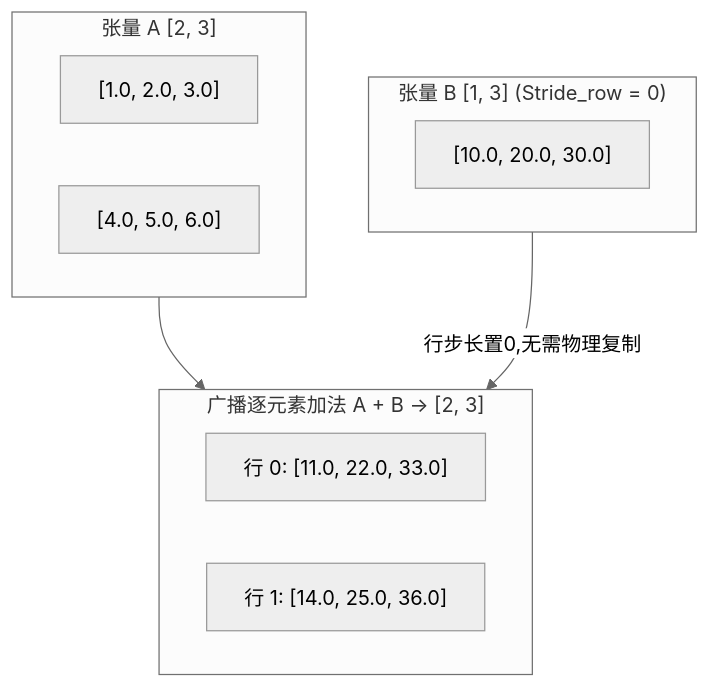
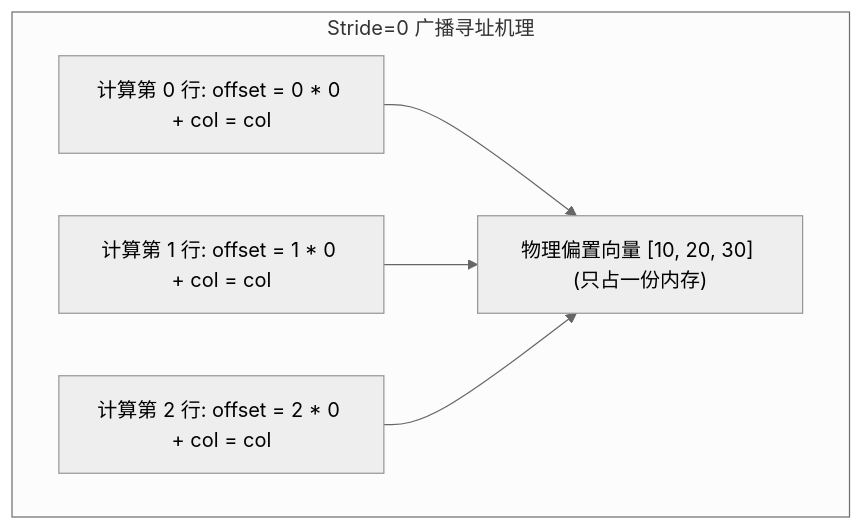
Before and after one commit to hqu-little-boy/blog: the fourth of 4 diagrams in src/content/posts/dl-operators-01-tensor-and-memory-guide.md, drawn with Mermaid (neutral theme). The commit also changed other lines of this file and 11 other files, not shown here.

````diff
--- a/src/content/posts/dl-operators-01-tensor-and-memory-guide.md
+++ b/src/content/posts/dl-operators-01-tensor-and-memory-guide.md
@@ -643,16 +505,12 @@
 ```mermaid
 graph TD
-    subgraph MatrixA["张量 A [2, 3]"]
-        A_row0["[1.0, 2.0, 3.0]"]
-        A_row1["[4.0, 5.0, 6.0]"]
+    subgraph StrideZero["Stride=0 广播寻址机理"]
+        R0["计算第 0 行: offset = 0 * 0 + col = col"]
+        R1["计算第 1 行: offset = 1 * 0 + col = col"]
+        R2["计算第 2 行: offset = 2 * 0 + col = col"]
+        BiasMemory["物理偏置向量 [10, 20, 30] (只占一份内存)"]
+        R0 --> BiasMemory
+        R1 --> BiasMemory
+        R2 --> BiasMemory
     end
-    subgraph VectorB["张量 B [1, 3] (Stride_row = 0)"]
-        B_val["[10.0, 20.0, 30.0]"]
-    end
-    subgraph Result["广播逐元素加法 A + B -> [2, 3]"]
-        R0["行 0: [11.0, 22.0, 33.0]"]
-        R1["行 1: [14.0, 25.0, 36.0]"]
-    end
-    MatrixA --> Result
-    VectorB -->|行步长置0,无需物理复制| Result
 ```
````
